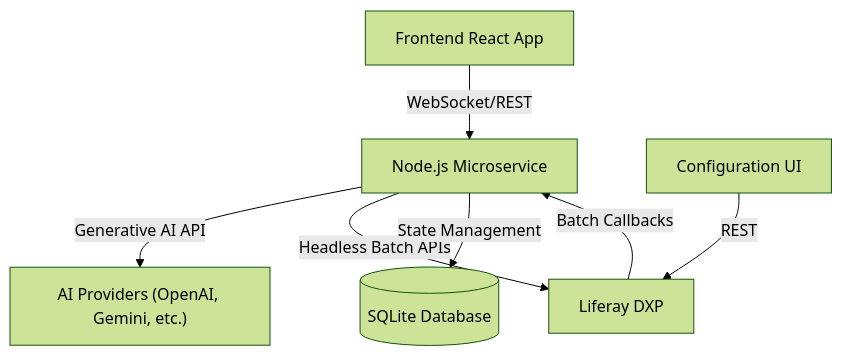
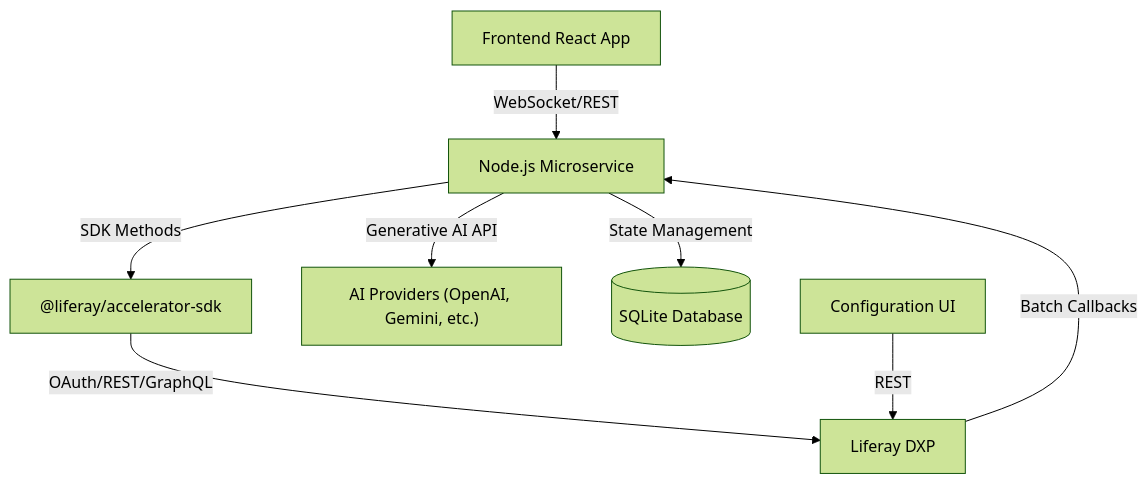
Before and after one commit to peterrichards-lr/liferay-ai-commerce-accelerator: the diagram in docs/ARCHITECTURE.md, drawn with Mermaid (forest theme). The commit also changed other lines of this file and 11 other files, not shown here.

````diff
--- a/docs/ARCHITECTURE.md
+++ b/docs/ARCHITECTURE.md
@@ -7,9 +7,10 @@
 ```mermaid
 graph TD
     A[Frontend React App] -->|WebSocket/REST| B[Node.js Microservice]
+    B -->|SDK Methods| SDK["@liferay/accelerator-sdk"]
+    SDK -->|OAuth/REST/GraphQL| D[Liferay DXP]
     B -->|Generative AI API| C["AI Providers (OpenAI, Gemini, etc.)"]
-    B -->|Headless Batch APIs| D[Liferay DXP]
     D -->|Batch Callbacks| B
     B -->|State Management| E[(SQLite Database)]
     F[Configuration UI] -->|REST| D
 ```
````
